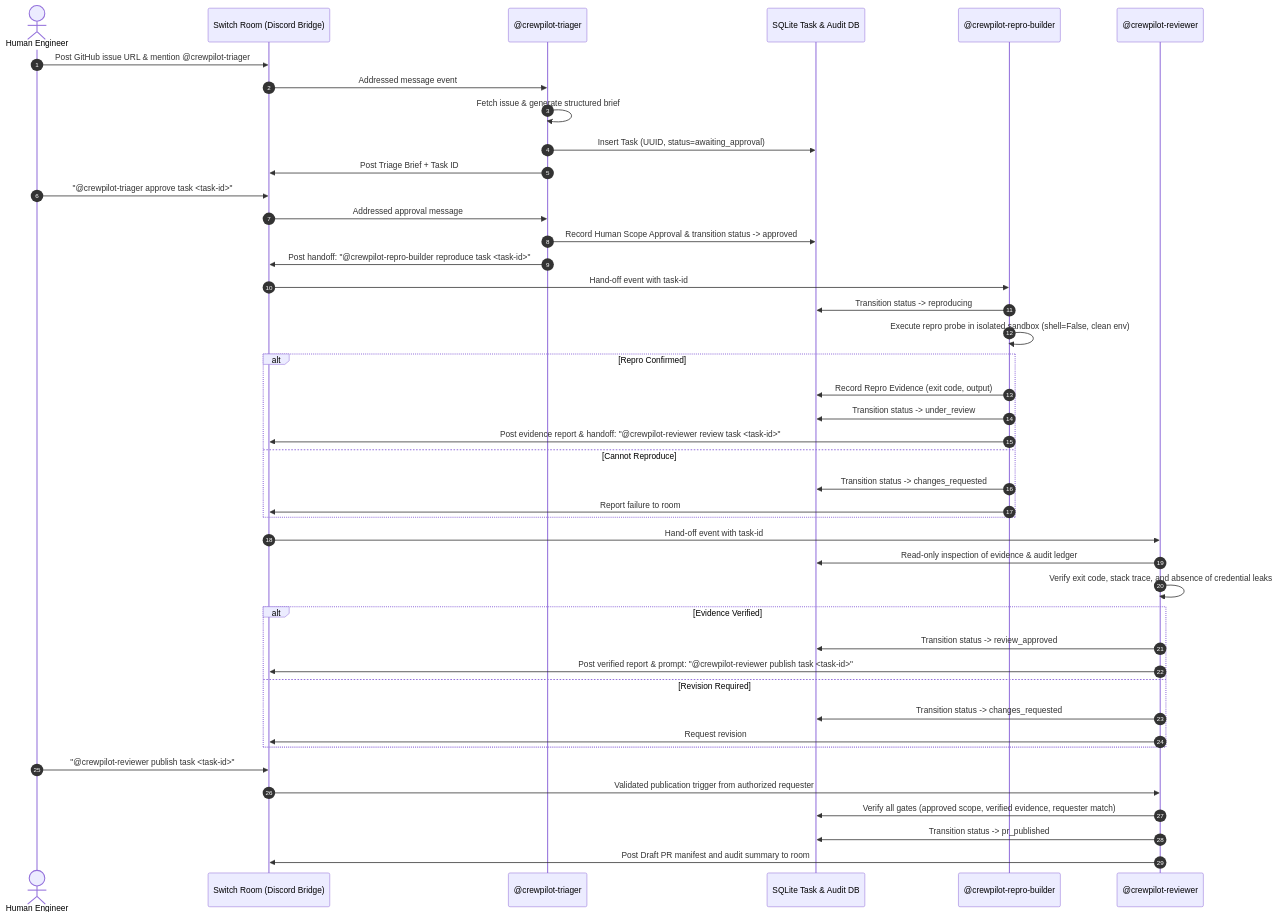
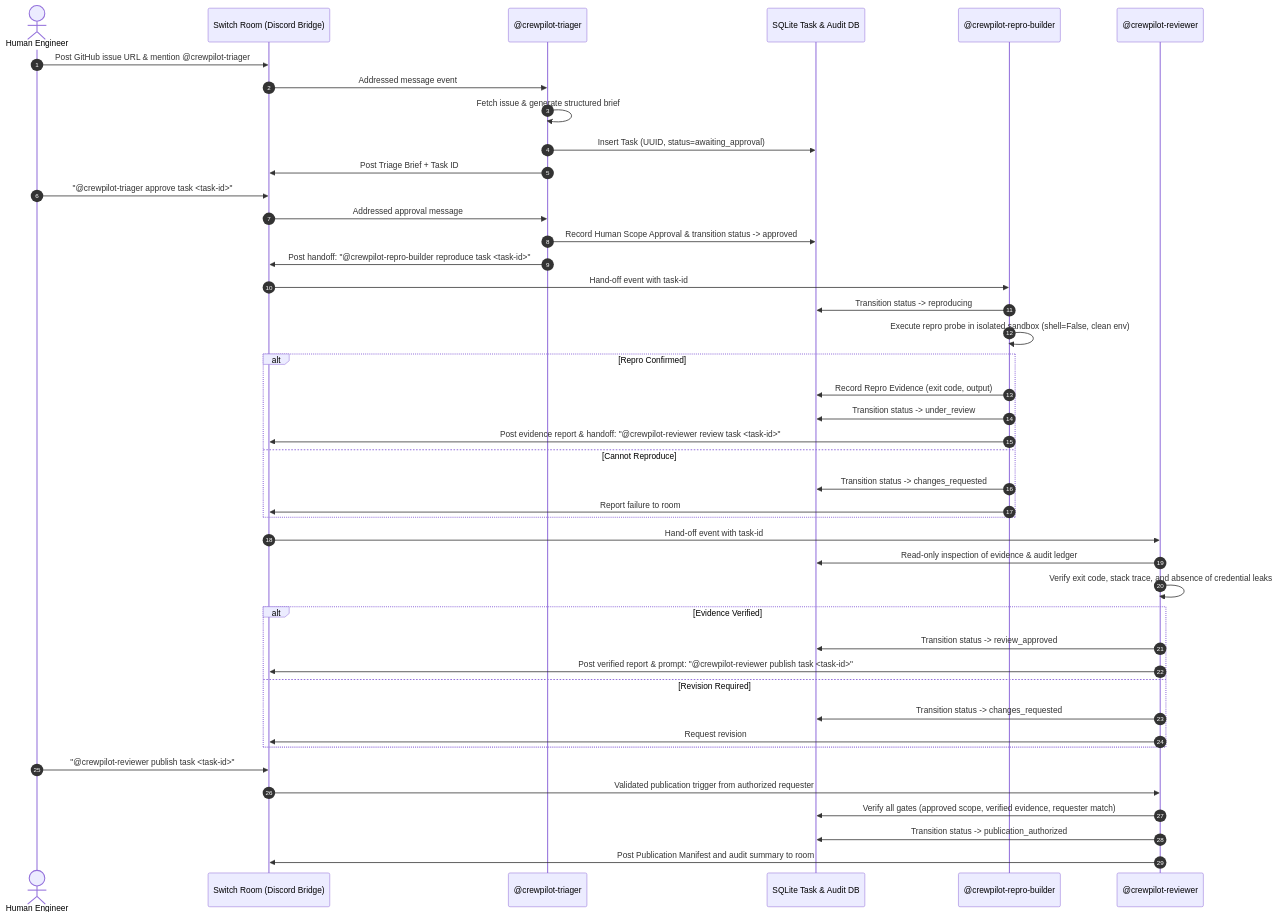
Before and after one commit to kamalesh404/CrewPilot: the diagram in docs/architecture.md, drawn with Mermaid. The commit also changed other lines of this file and 17 other files, not shown here.

````diff
--- a/docs/architecture.md
+++ b/docs/architecture.md
@@ -27,49 +27,49 @@
 ```mermaid
 sequenceDiagram
     autonumber
     actor Human as Human Engineer
     participant Switch as Switch Room (Discord Bridge)
     participant Triager as @crewpilot-triager
     participant DB as SQLite Task & Audit DB
     participant Builder as @crewpilot-repro-builder
     participant Reviewer as @crewpilot-reviewer
 
     Human->>Switch: Post GitHub issue URL & mention @crewpilot-triager
     Switch->>Triager: Addressed message event
     Triager->>Triager: Fetch issue & generate structured brief
     Triager->>DB: Insert Task (UUID, status=awaiting_approval)
     Triager->>Switch: Post Triage Brief + Task ID
     Human->>Switch: "@crewpilot-triager approve task <task-id>"
     Switch->>Triager: Addressed approval message
     Triager->>DB: Record Human Scope Approval & transition status -> approved
     Triager->>Switch: Post handoff: "@crewpilot-repro-builder reproduce task <task-id>"
 
     Switch->>Builder: Hand-off event with task-id
     Builder->>DB: Transition status -> reproducing
     Builder->>Builder: Execute repro probe in isolated sandbox (shell=False, clean env)
     alt Repro Confirmed
         Builder->>DB: Record Repro Evidence (exit code, output)
         Builder->>DB: Transition status -> under_review
         Builder->>Switch: Post evidence report & handoff: "@crewpilot-reviewer review task <task-id>"
     else Cannot Reproduce
         Builder->>DB: Transition status -> changes_requested
         Builder->>Switch: Report failure to room
     end
 
     Switch->>Reviewer: Hand-off event with task-id
     Reviewer->>DB: Read-only inspection of evidence & audit ledger
     Reviewer->>Reviewer: Verify exit code, stack trace, and absence of credential leaks
     alt Evidence Verified
         Reviewer->>DB: Transition status -> review_approved
         Reviewer->>Switch: Post verified report & prompt: "@crewpilot-reviewer publish task <task-id>"
     else Revision Required
         Reviewer->>DB: Transition status -> changes_requested
         Reviewer->>Switch: Request revision
     end
 
     Human->>Switch: "@crewpilot-reviewer publish task <task-id>"
     Switch->>Reviewer: Validated publication trigger from authorized requester
     Reviewer->>DB: Verify all gates (approved scope, verified evidence, requester match)
-    Reviewer->>DB: Transition status -> pr_published
-    Reviewer->>Switch: Post Draft PR manifest and audit summary to room
+    Reviewer->>DB: Transition status -> publication_authorized
+    Reviewer->>Switch: Post Publication Manifest and audit summary to room
 ```
````
